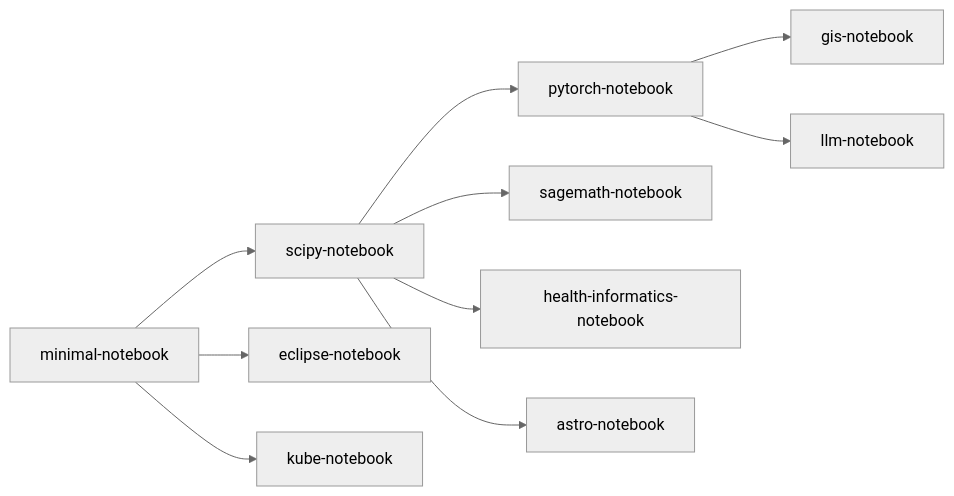
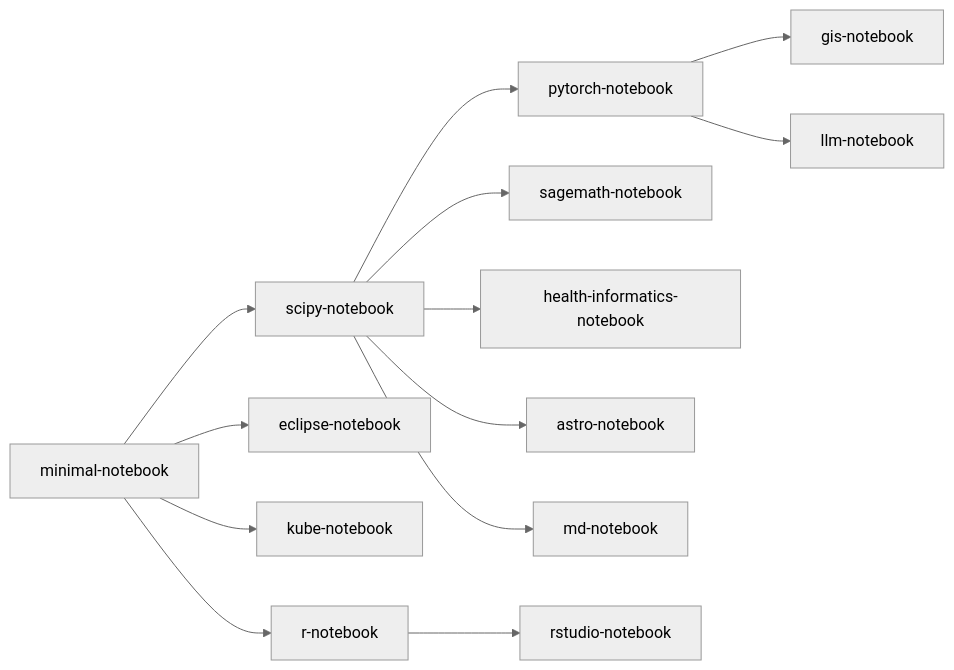
Before and after one commit to SDSU-Research-CI/SDSU-Research-CI.github.io: the second of 2 diagrams in docs/instructionalcluster/availableimages.md, drawn with Mermaid (neutral theme). The commit also changed other lines of this file, not shown here.

Commit message:
Updated container image tags and flow diagrams

````diff
--- a/docs/instructionalcluster/availableimages.md
+++ b/docs/instructionalcluster/availableimages.md
@@ -73,23 +73,29 @@
 ```mermaid
 graph LR;
     A[minimal-notebook]
     B[scipy-notebook]
     C[pytorch-notebook]
     D[eclipse-notebook]
     E[kube-notebook]
     F[sagemath-notebook]
     G[gis-notebook]
     H[health-informatics-notebook]
     I[astro-notebook]
     J[llm-notebook]
+    K[md-notebook]
+    L[r-notebook]
+    M[rstudio-notebook]
 
     A-->B
     A-->D
     A-->E
     B-->C
     B-->F
     B-->H
     B-->I
+    B-->K
     C-->G
     C-->J
+    A-->L
+    L-->M
 ```
````
